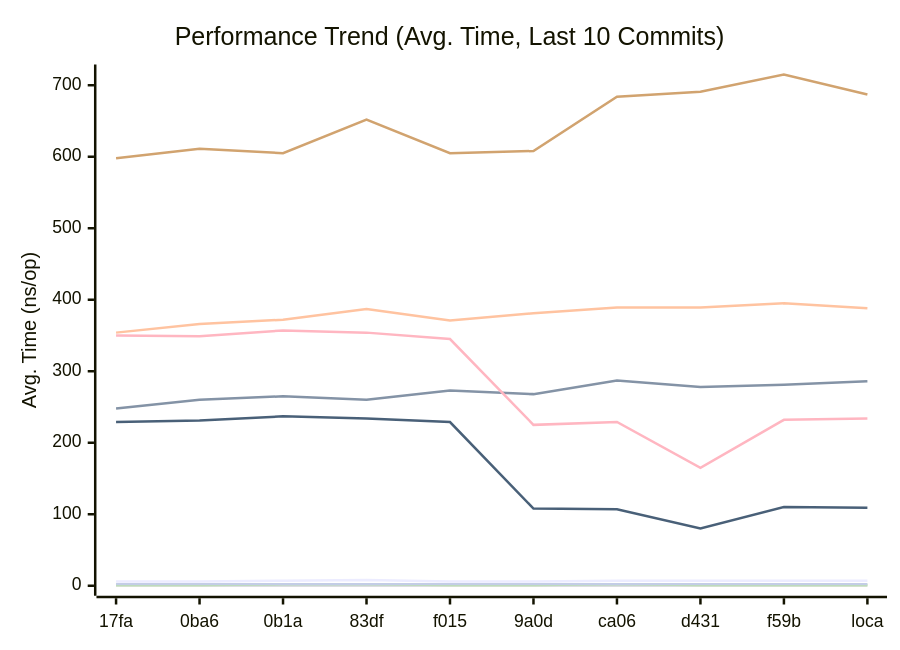
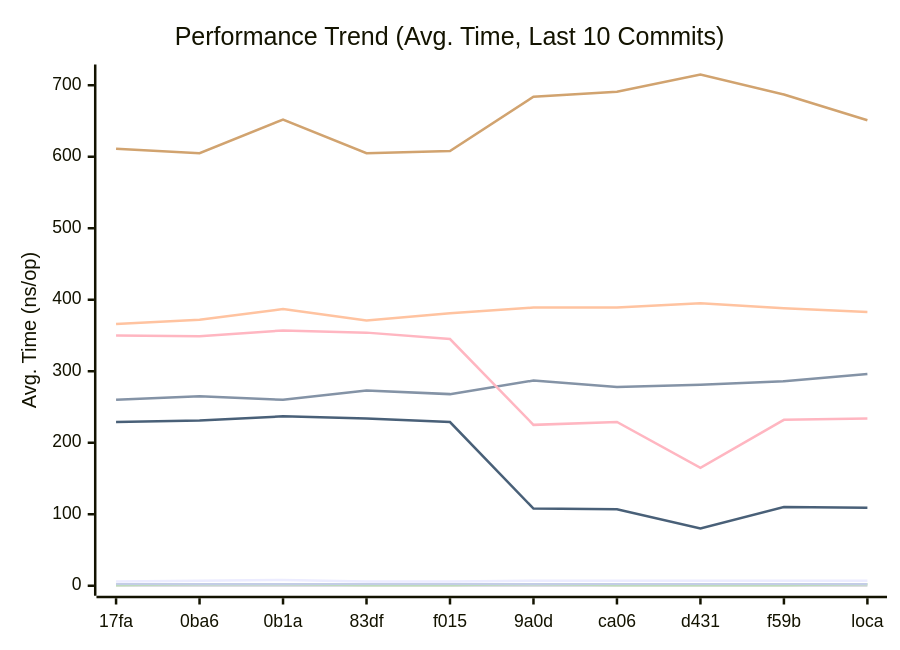
One commit to alsotoes/momo changed the first of 3 diagrams in docs/PERFORMANCE.md. Above: the diagram before and after it, drawn with Mermaid. The commit also changed other lines of this file and 3 other files, not shown here.

````diff
--- a/docs/PERFORMANCE.md
+++ b/docs/PERFORMANCE.md
@@ -80,16 +80,16 @@
 ```mermaid
 xychart-beta
     title "Performance Trend (Avg. Time, Last 10 Commits)"
     x-axis "Commit"
     y-axis "Avg. Time (ns/op)"
     x-axis [17fa,0ba6,0b1a,83df,f015,9a0d,ca06,d431,f59b,loca]
-    line "CheckMetricsAndSwap" [6,6,7,8,6,6,7,7,7,7]
-    line "CrushOptimized" [248,260,265,260,273,268,287,278,281,286]
-    line "CrushOriginal" [354,366,372,387,371,381,389,389,395,388]
+    line "CheckMetricsAndSwap" [6,7,8,6,6,7,7,7,7,7]
+    line "CrushOptimized" [260,265,260,273,268,287,278,281,286,296]
+    line "CrushOriginal" [366,372,387,371,381,389,389,395,388,383]
     line "IndexDirectTracking" [0,0,0,0,0,0,0,0,0,0]
-    line "IndexSearch" [1,1,2,2,1,1,2,1,1,1]
-    line "LoadGlobalConfig" [598,611,605,652,605,608,684,691,715,687]
+    line "IndexSearch" [1,2,2,1,1,2,1,1,1,2]
+    line "LoadGlobalConfig" [611,605,652,605,608,684,691,715,687,651]
     line "PadString" [2,2,2,2,2,2,2,2,2,2]
     line "ParseReplicationOrder_NoPrealloc" [350,349,357,354,345,225,229,165,232,234]
     line "ParseReplicationOrder_Prealloc" [229,231,237,234,229,108,107,80,110,109]
 ```
````
